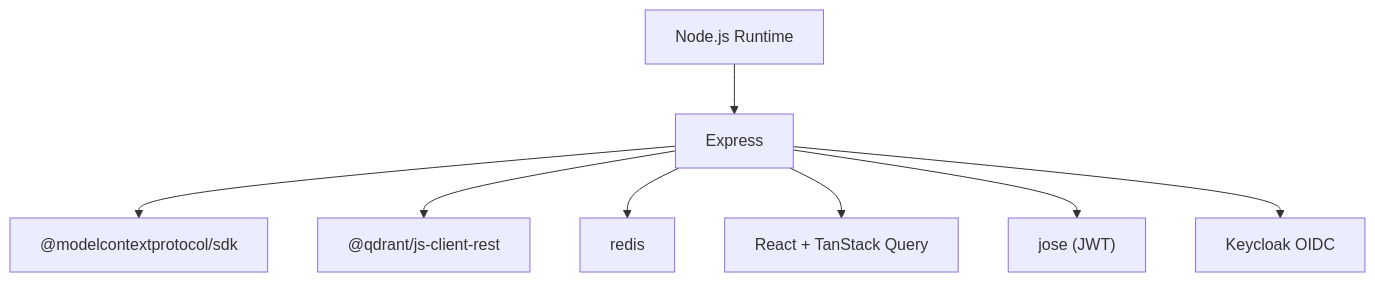
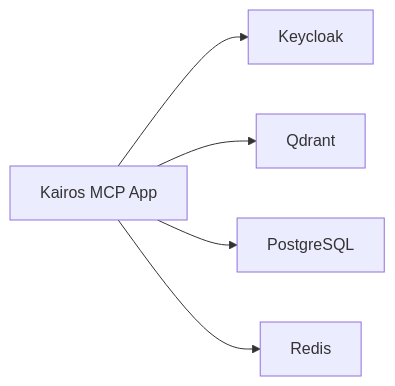
One commit to debian777/kairos-mcp changed the eighth of 8 diagrams in .qoder/repowiki/en/content/Project Overview/Architecture Overview.md. Above: the diagram before and after it, drawn with Mermaid. The commit also changed other lines of this file and 724 other files, not shown here.

````diff
--- a/.qoder/repowiki/en/content/Project Overview/Architecture Overview.md
+++ b/.qoder/repowiki/en/content/Project Overview/Architecture Overview.md
@@ -407,10 +446,12 @@
 ```mermaid
-graph TB
-Node["Node.js Runtime"] --> Express["Express"]
-Express --> MCP["@modelcontextprotocol/sdk"]
-Express --> Qdrant["@qdrant/js-client-rest"]
-Express --> Redis["redis"]
-Express --> React["React + TanStack Query"]
-Express --> JOSE["jose (JWT)"]
-Express --> OIDC["Keycloak OIDC"]
+graph LR
+App["Kairos MCP App"]
+KC["Keycloak"]
+QD["Qdrant"]
+PG["PostgreSQL"]
+RD["Redis"]
+App --> KC
+App --> QD
+App --> PG
+App --> RD
 ```
````
